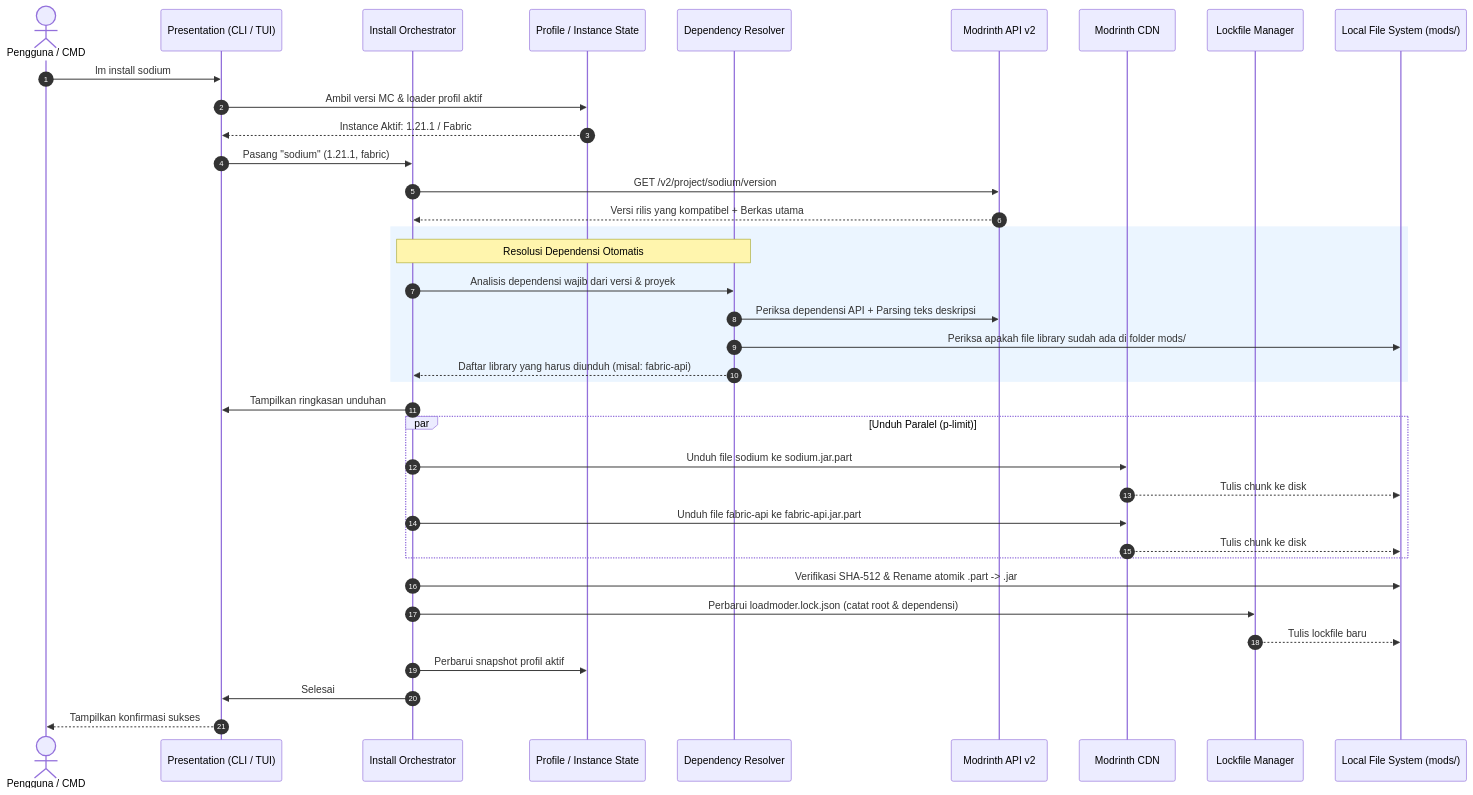
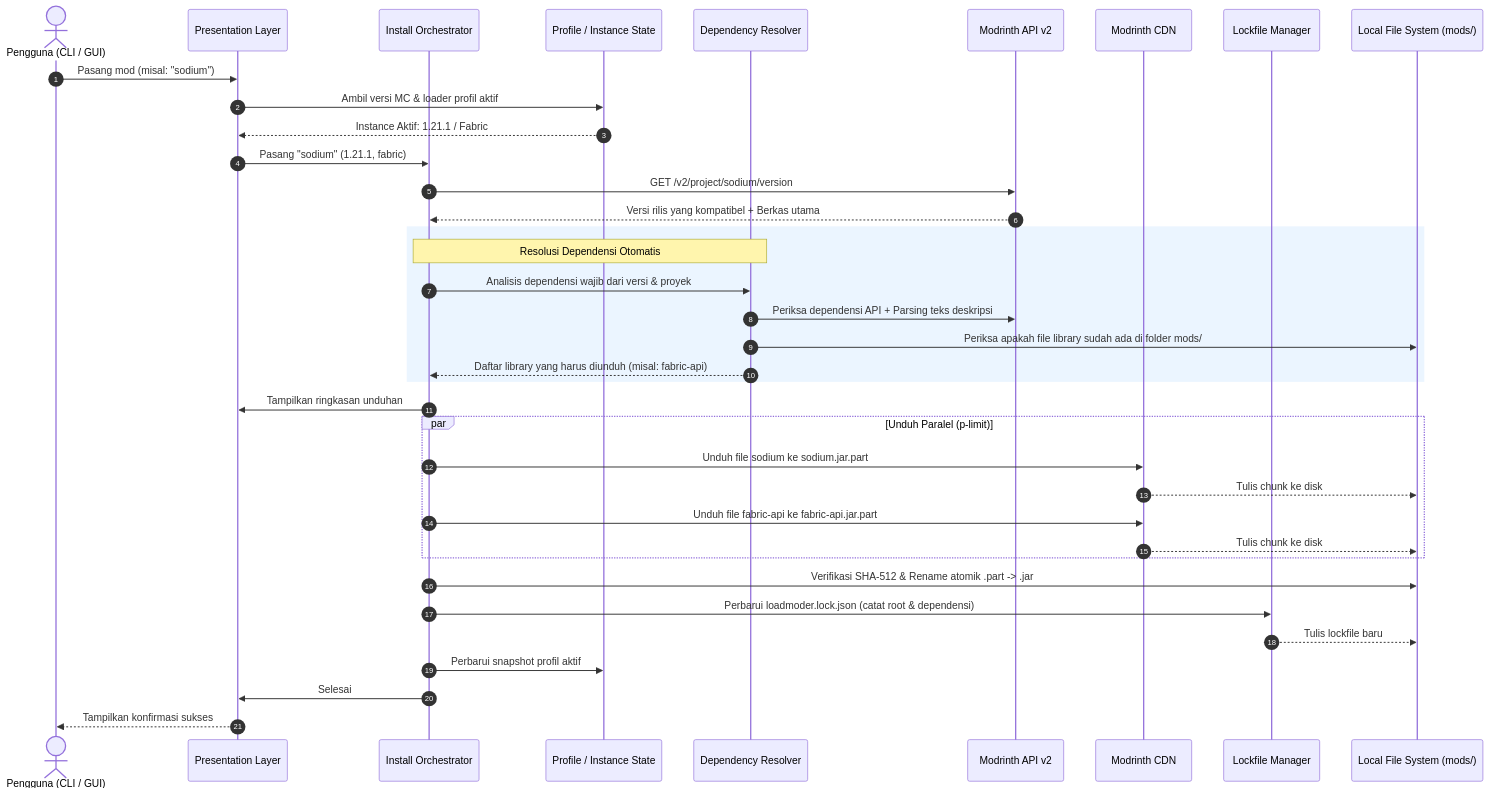
One commit to 2Hafast8/LoadModer changed the diagram in docs/01-architecture-and-vision.md. Above: the diagram before and after it, drawn with Mermaid. The commit also changed other lines of this file and 18 other files, not shown here.

````diff
--- a/docs/01-architecture-and-vision.md
+++ b/docs/01-architecture-and-vision.md
@@ -93,43 +100,43 @@
 ```mermaid
 sequenceDiagram
     autonumber
-    actor User as Pengguna / CMD
-    participant CLI as Presentation (CLI / TUI)
+    actor User as Pengguna (CLI / GUI)
+    participant Presentation as Presentation Layer
     participant Orch as Install Orchestrator
     participant Prof as Profile / Instance State
     participant Resolver as Dependency Resolver
     participant API as Modrinth API v2
     participant CDN as Modrinth CDN
     participant Lock as Lockfile Manager
     participant FS as Local File System (mods/)
 
-    User->>CLI: lm install sodium
-    CLI->>Prof: Ambil versi MC & loader profil aktif
-    Prof-->>CLI: Instance Aktif: 1.21.1 / Fabric
-    CLI->>Orch: Pasang "sodium" (1.21.1, fabric)
+    User->>Presentation: Pasang mod (misal: "sodium")
+    Presentation->>Prof: Ambil versi MC & loader profil aktif
+    Prof-->>Presentation: Instance Aktif: 1.21.1 / Fabric
+    Presentation->>Orch: Pasang "sodium" (1.21.1, fabric)
     Orch->>API: GET /v2/project/sodium/version
     API-->>Orch: Versi rilis yang kompatibel + Berkas utama
     
     rect rgb(235, 245, 255)
         note over Orch,Resolver: Resolusi Dependensi Otomatis
         Orch->>Resolver: Analisis dependensi wajib dari versi & proyek
         Resolver->>API: Periksa dependensi API + Parsing teks deskripsi
         Resolver->>FS: Periksa apakah file library sudah ada di folder mods/
         Resolver-->>Orch: Daftar library yang harus diunduh (misal: fabric-api)
     end
 
-    Orch->>CLI: Tampilkan ringkasan unduhan
+    Orch->>Presentation: Tampilkan ringkasan unduhan
     par Unduh Paralel (p-limit)
         Orch->>CDN: Unduh file sodium ke sodium.jar.part
         CDN-->>FS: Tulis chunk ke disk
         Orch->>CDN: Unduh file fabric-api ke fabric-api.jar.part
         CDN-->>FS: Tulis chunk ke disk
     end
 
     Orch->>FS: Verifikasi SHA-512 & Rename atomik .part -> .jar
     Orch->>Lock: Perbarui loadmoder.lock.json (catat root & dependensi)
     Lock-->>FS: Tulis lockfile baru
     Orch->>Prof: Perbarui snapshot profil aktif
-    Orch->>CLI: Selesai
-    CLI-->>User: Tampilkan konfirmasi sukses
+    Orch->>Presentation: Selesai
+    Presentation-->>User: Tampilkan konfirmasi sukses
 ```
````
